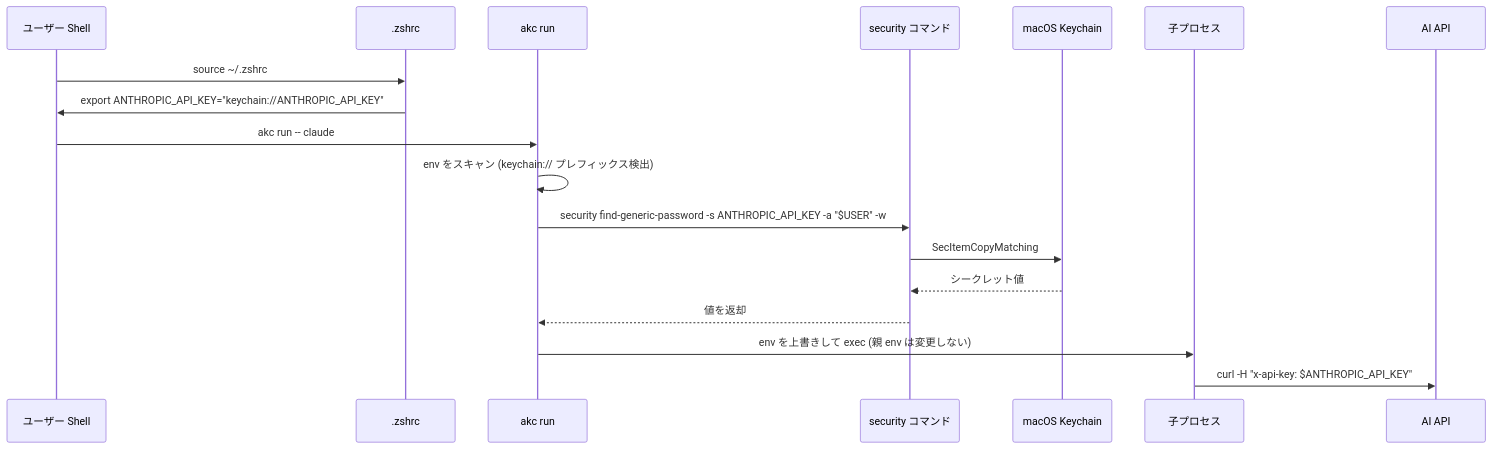
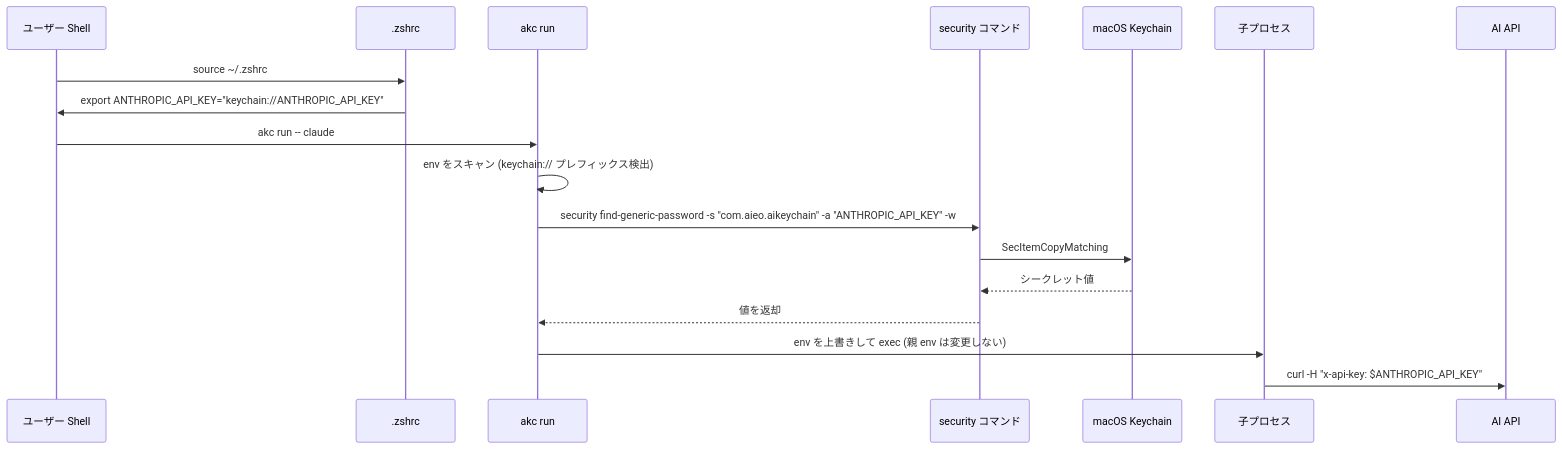
The third of 5 diagrams in docs/design/architecture.md (aieo-product/AIkeychain), drawn with Mermaid before and after one commit. The commit also changed other lines of this file and 4 other files, not shown here.

````diff
--- a/docs/design/architecture.md
+++ b/docs/design/architecture.md
@@ -97,21 +97,21 @@
 ```mermaid
 sequenceDiagram
     participant Shell as ユーザー Shell
     participant Zshrc as .zshrc
     participant Akc as akc run
     participant Security as security コマンド
     participant Keychain as macOS Keychain
     participant Child as 子プロセス
     participant API as AI API
 
     Shell->>Zshrc: source ~/.zshrc
     Zshrc->>Shell: export ANTHROPIC_API_KEY="keychain://ANTHROPIC_API_KEY"
     Shell->>Akc: akc run -- claude
     Akc->>Akc: env をスキャン (keychain:// プレフィックス検出)
-    Akc->>Security: security find-generic-password -s ANTHROPIC_API_KEY -a "$USER" -w
+    Akc->>Security: security find-generic-password -s "com.aieo.aikeychain" -a "ANTHROPIC_API_KEY" -w
     Security->>Keychain: SecItemCopyMatching
     Keychain-->>Security: シークレット値
     Security-->>Akc: 値を返却
     Akc->>Child: env を上書きして exec (親 env は変更しない)
     Child->>API: curl -H "x-api-key: $ANTHROPIC_API_KEY"
 ```
````
